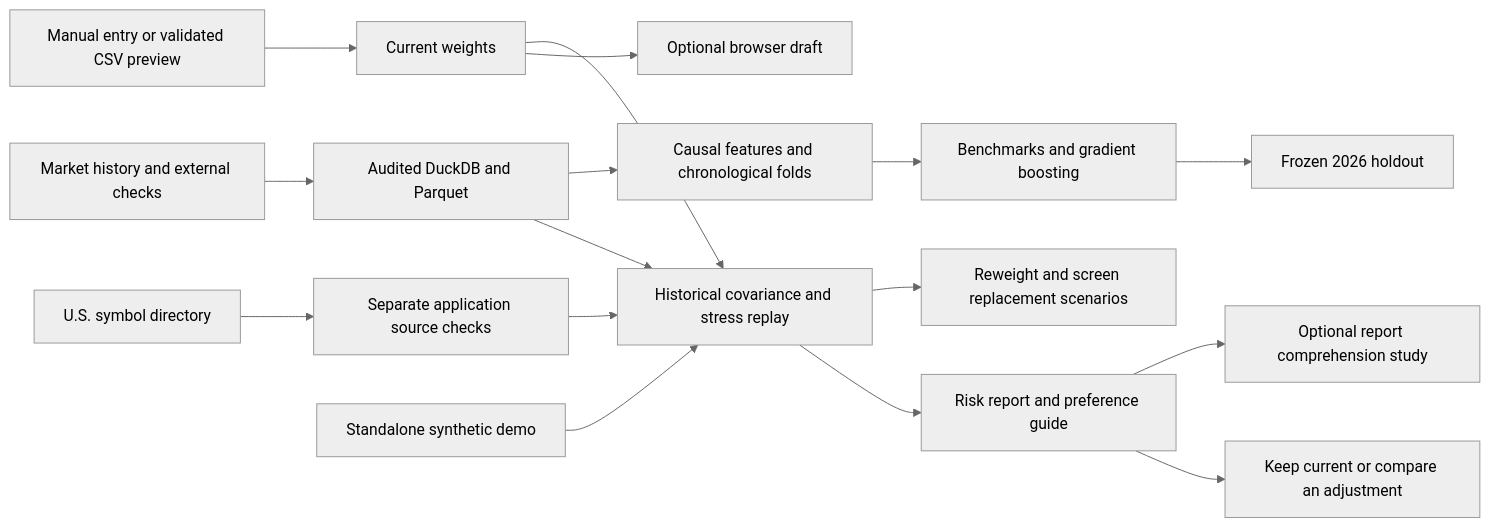
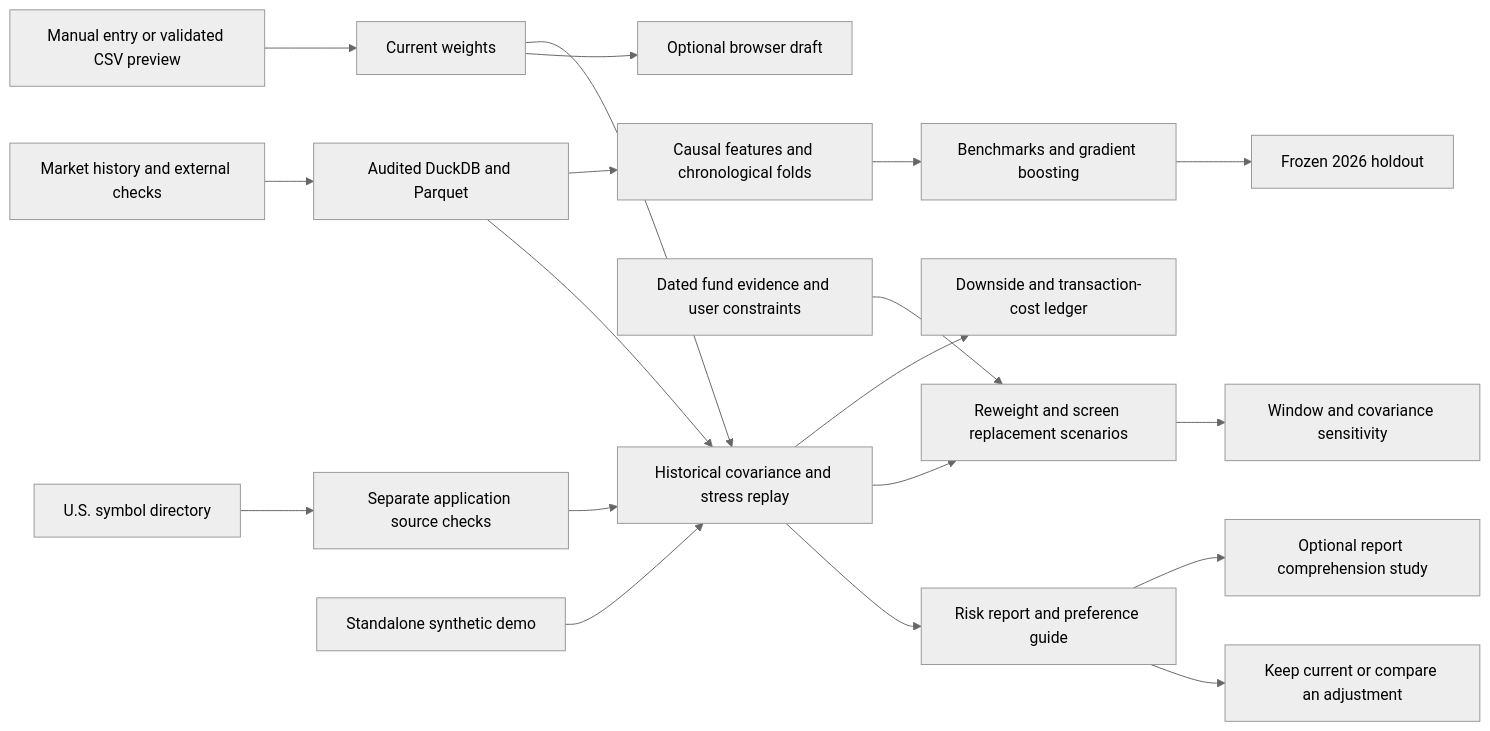
Before and after one commit to alisaayz/portfolio-risk: the diagram in README.md, drawn with Mermaid (neutral theme). The commit also changed other lines of this file and 16 other files, not shown here.

Commit message:
Add downside, trading-cost, and replacement sensitivity evidence

````diff
--- a/README.md
+++ b/README.md
@@ -32,18 +33,21 @@
 ```mermaid
 flowchart LR
     A[Market history and external checks] --> B[Audited DuckDB and Parquet]
     C[U.S. symbol directory] --> D[Separate application source checks]
     B --> E[Historical covariance and stress replay]
     D --> E
     L[Manual entry or validated CSV preview] --> M[Current weights]
     M --> N[Optional browser draft]
     M --> E
     S[Standalone synthetic demo] --> E
     E --> F[Risk report and preference guide]
     F --> P[Keep current or compare an adjustment]
     E --> G[Reweight and screen replacement scenarios]
+    E --> Q[Downside and transaction-cost ledger]
+    T[Dated fund evidence and user constraints] --> G
+    G --> U[Window and covariance sensitivity]
     B --> H[Causal features and chronological folds]
     H --> I[Benchmarks and gradient boosting]
     I --> J[Frozen 2026 holdout]
     F --> K[Optional report comprehension study]
 ```
````
